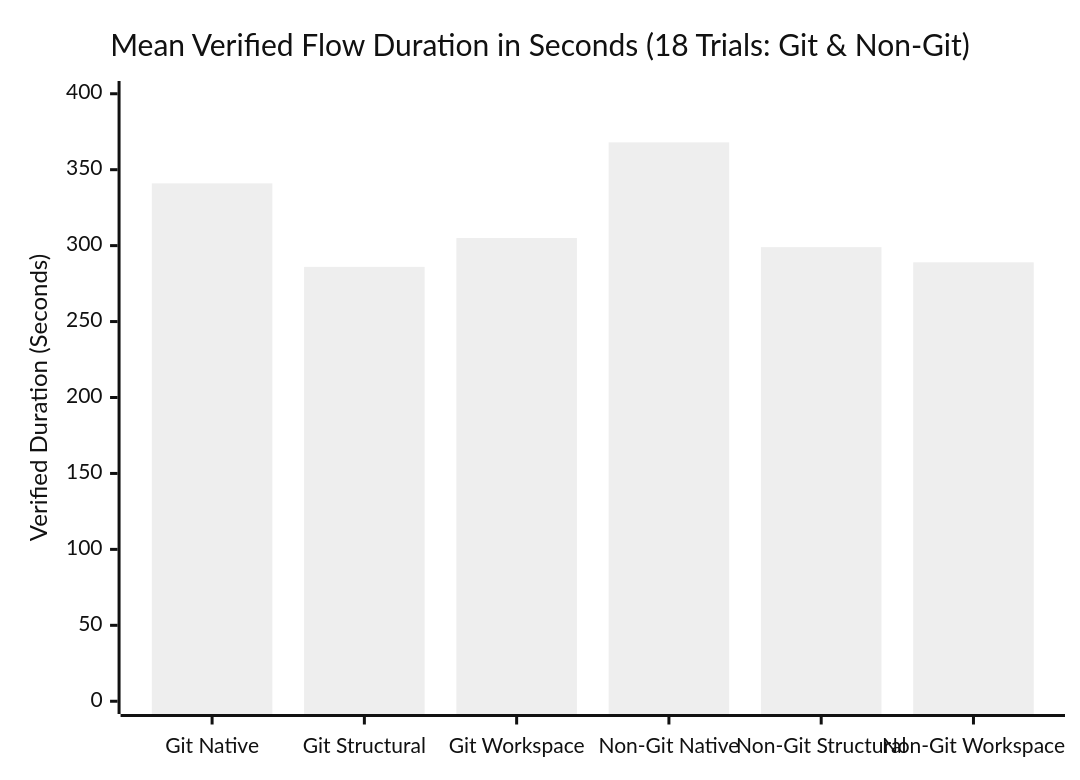
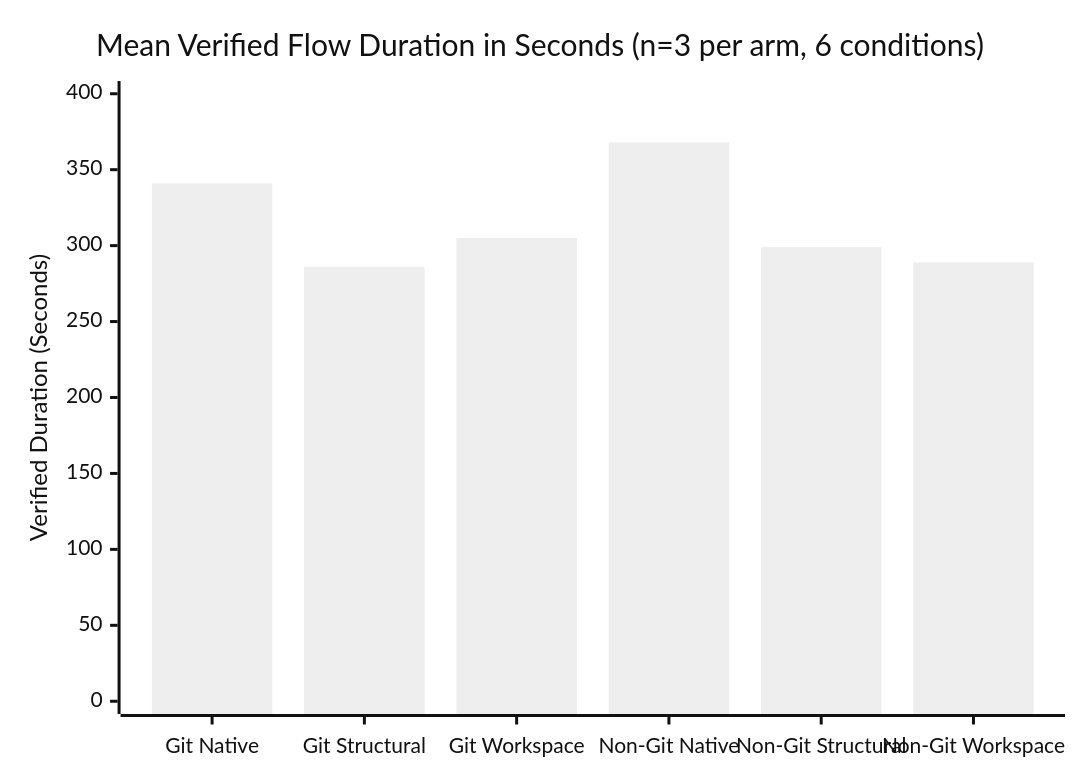
The diagram in README.md (paragon-ux/Patch-DIFF), drawn with Mermaid (neutral theme) before and after one commit. The commit also changed other lines of this file, not shown here.

````diff
--- a/README.md
+++ b/README.md
@@ -32,7 +128,7 @@
 ```mermaid
 xychart-beta
-    title "Mean Verified Flow Duration in Seconds (18 Trials: Git & Non-Git)"
+    title "Mean Verified Flow Duration in Seconds (n=3 per arm, 6 conditions)"
     x-axis ["Git Native", "Git Structural", "Git Workspace", "Non-Git Native", "Non-Git Structural", "Non-Git Workspace"]
     y-axis "Verified Duration (Seconds)" 0 --> 400
     bar [341, 286, 305, 368, 299, 289]
 ```
````
